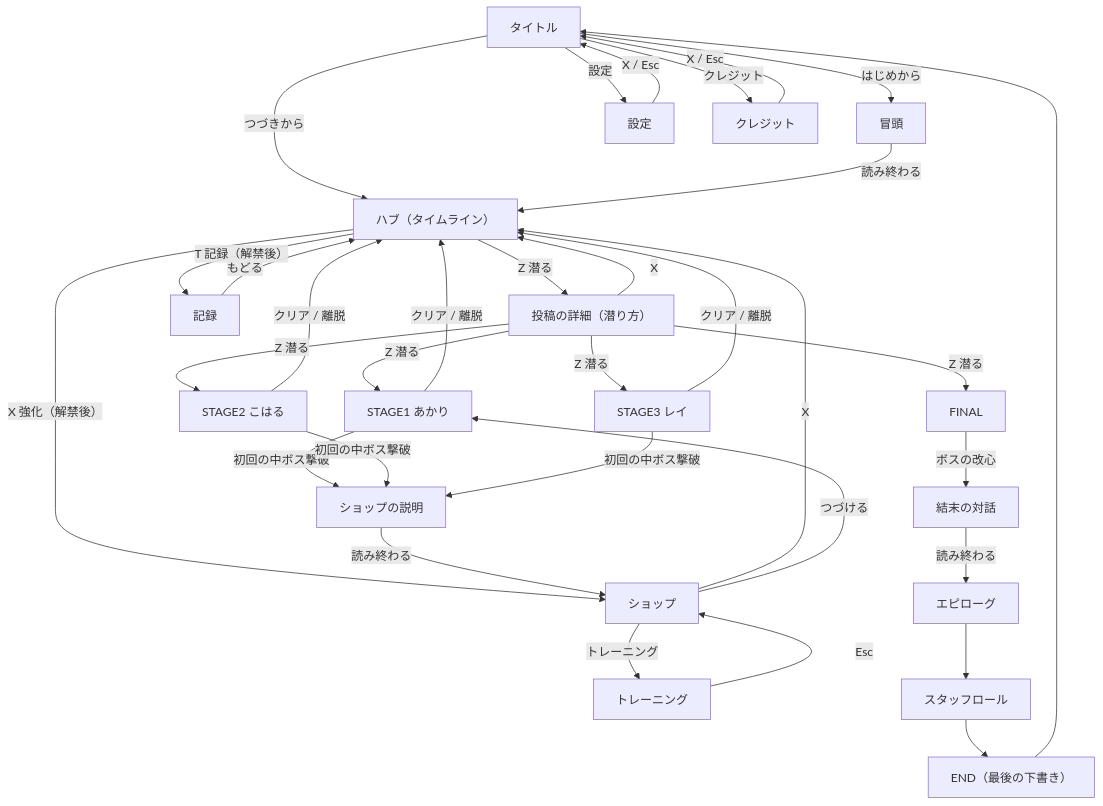
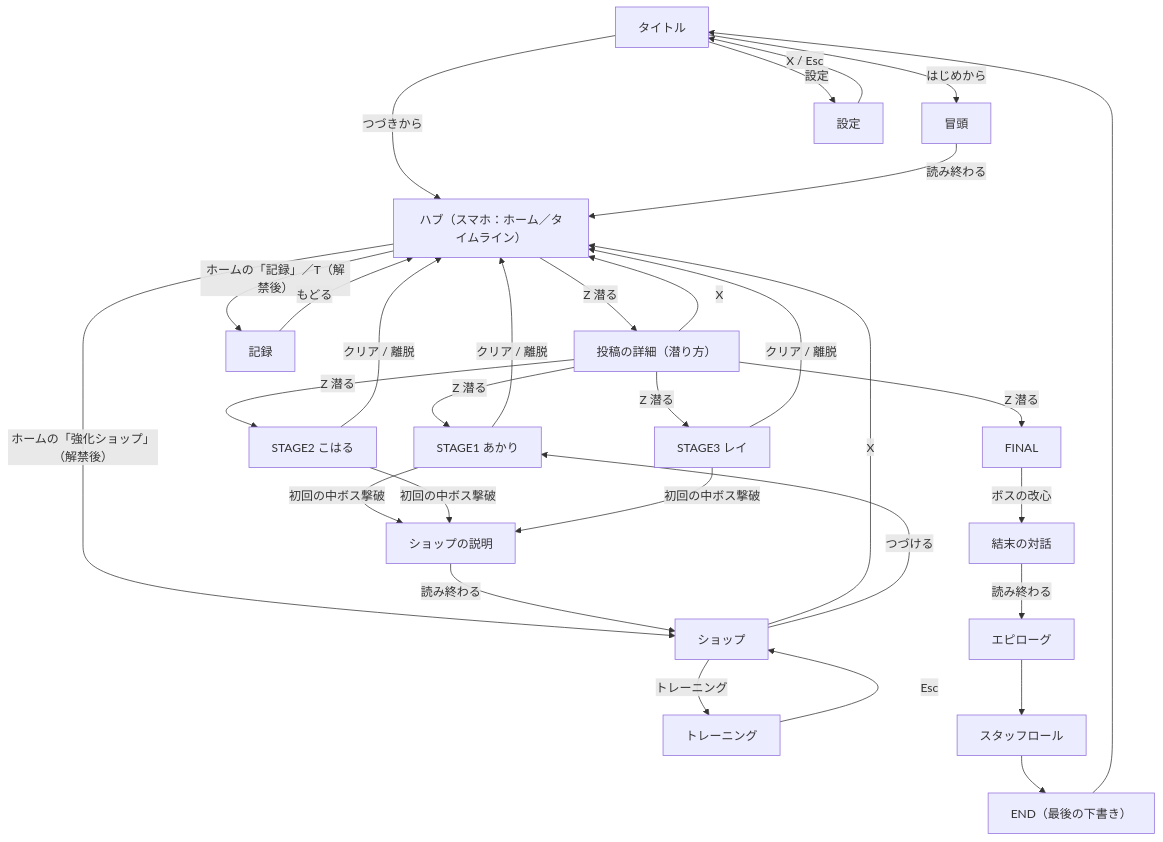
Before and after one commit to takutoruku1/algo_shoot: the first of 3 diagrams in wiki/09_システム/02_画面遷移.md, drawn with Mermaid. The commit also changed other lines of this file and 23 other files, not shown here.

````diff
--- a/wiki/09_システム/02_画面遷移.md
+++ b/wiki/09_システム/02_画面遷移.md
@@ -9,60 +9,57 @@
 ```mermaid
 flowchart TD
   TITLE["タイトル"]
   PRO["冒頭"]
-  HUB["ハブ（タイムライン）"]
+  HUB["ハブ（スマホ：ホーム／タイムライン）"]
   DETAIL["投稿の詳細（潜り方）"]
   SHOP["ショップ"]
   SHOPTUT["ショップの説明"]
   TRAIN["トレーニング"]
   REC["記録"]
   SET["設定"]
-  CRED["クレジット"]
   ST1["STAGE1 あかり"]
   ST2["STAGE2 こはる"]
   ST3["STAGE3 レイ"]
   FIN["FINAL"]
   FTALK["結末の対話"]
   EPI["エピローグ"]
   ROLL["スタッフロール"]
   END["END（最後の下書き）"]
 
   TITLE -->|はじめから| PRO
   TITLE -->|つづきから| HUB
   TITLE -->|設定| SET
-  TITLE -->|クレジット| CRED
   SET -->|X / Esc| TITLE
-  CRED -->|X / Esc| TITLE
 
   PRO -->|読み終わる| HUB
 
   HUB -->|Z 潜る| DETAIL
-  HUB -->|X 強化（解禁後）| SHOP
-  HUB -->|T 記録（解禁後）| REC
+  HUB -->|ホームの「強化ショップ」（解禁後）| SHOP
+  HUB -->|ホームの「記録」／T（解禁後）| REC
   DETAIL -->|X| HUB
   REC -->|もどる| HUB
   SHOP -->|X| HUB
 
   DETAIL -->|Z 潜る| ST1
   DETAIL -->|Z 潜る| ST2
   DETAIL -->|Z 潜る| ST3
   DETAIL -->|Z 潜る| FIN
 
   ST1 -->|クリア / 離脱| HUB
   ST2 -->|クリア / 離脱| HUB
   ST3 -->|クリア / 離脱| HUB
 
   ST1 -->|初回の中ボス撃破| SHOPTUT
   ST2 -->|初回の中ボス撃破| SHOPTUT
   ST3 -->|初回の中ボス撃破| SHOPTUT
   SHOPTUT -->|読み終わる| SHOP
   SHOP -->|つづける| ST1
   SHOP -->|トレーニング| TRAIN
   TRAIN -->|Esc| SHOP
 
   FIN -->|ボスの改心| FTALK
   FTALK -->|読み終わる| EPI
   EPI --> ROLL
   ROLL --> END
   END --> TITLE
 ```
````
